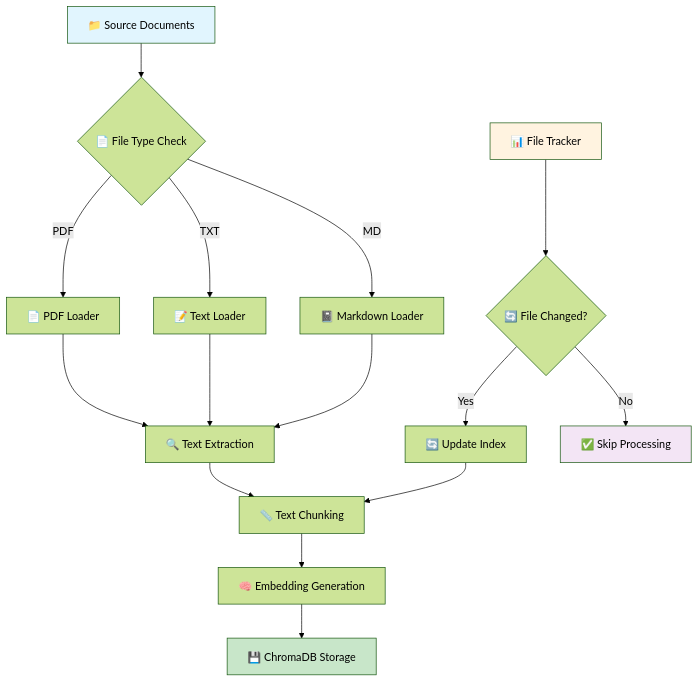
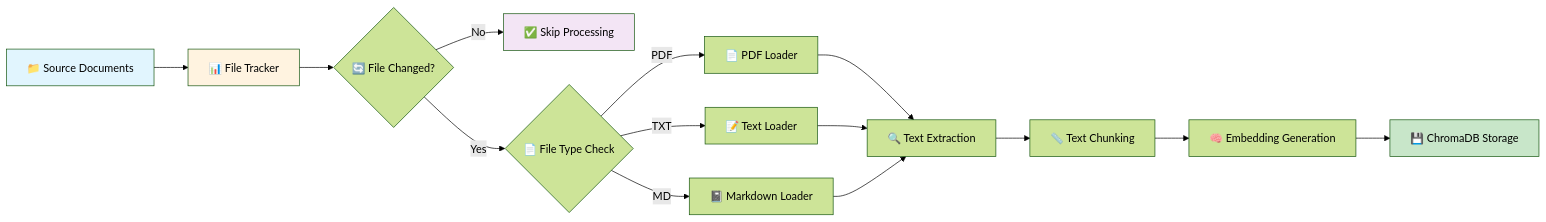
The first of 2 diagrams in README.md (deepanshudave/rag-langchain-demo), drawn with Mermaid (forest theme) before and after one commit. The commit also changed other lines of this file, not shown here.

````diff
--- a/README.md
+++ b/README.md
@@ -23,26 +23,24 @@
 ```mermaid
-graph TD
-    A[📁 Source Documents] --> B{📄 File Type Check}
-    B -->|PDF| C[📄 PDF Loader]
-    B -->|TXT| D[📝 Text Loader]
-    B -->|MD| E[📓 Markdown Loader]
+graph LR
+    A[📁 Source Documents] --> B[📊 File Tracker]
+    B --> C{🔄 File Changed?}
+    C -->|No| D[✅ Skip Processing]
+    C -->|Yes| E{📄 File Type Check}
     
-    C --> F[🔍 Text Extraction]
-    D --> F
-    E --> F
+    E -->|PDF| F[📄 PDF Loader]
+    E -->|TXT| G[📝 Text Loader]
+    E -->|MD| H[📓 Markdown Loader]
     
-    F --> G[📏 Text Chunking]
-    G --> H[🧠 Embedding Generation]
-    H --> I[💾 ChromaDB Storage]
+    F --> I[🔍 Text Extraction]
+    G --> I
+    H --> I
     
-    J[📊 File Tracker] --> K{🔄 File Changed?}
-    K -->|Yes| L[🔄 Update Index]
-    K -->|No| M[✅ Skip Processing]
-    
-    L --> G
+    I --> J[📏 Text Chunking]
+    J --> K[🧠 Embedding Generation]
+    K --> L[💾 ChromaDB Storage]
     
     style A fill:#e1f5fe
-    style I fill:#c8e6c9
-    style J fill:#fff3e0
-    style M fill:#f3e5f5
+    style L fill:#c8e6c9
+    style B fill:#fff3e0
+    style D fill:#f3e5f5
 ```
````
